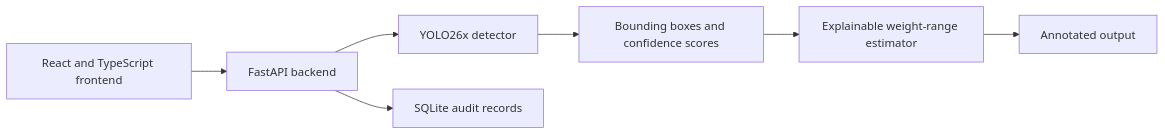
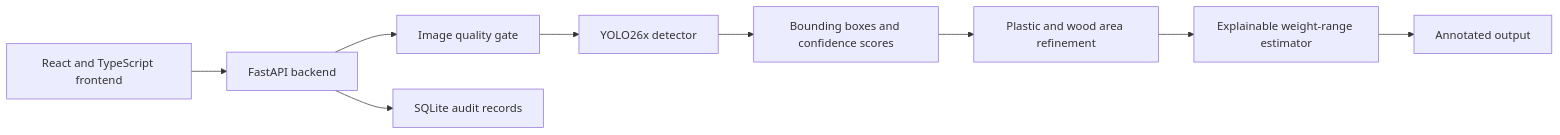
Before and after one commit to Riitom/tata-steel-waste-material-inspector: the diagram in README.md, drawn with Mermaid. The commit also changed other lines of this file and 14 other files, not shown here.

````diff
--- a/README.md
+++ b/README.md
@@ -9,9 +9,11 @@
 ```mermaid
 flowchart LR
     A[React and TypeScript frontend] --> B[FastAPI backend]
-    B --> C[YOLO26x detector]
+    B --> Q[Image quality gate]
+    Q --> C[YOLO26x detector]
     C --> D[Bounding boxes and confidence scores]
-    D --> E[Explainable weight-range estimator]
+    D --> R[Plastic and wood area refinement]
+    R --> E[Explainable weight-range estimator]
     E --> F[Annotated output]
     B --> G[SQLite audit records]
 ```
````
